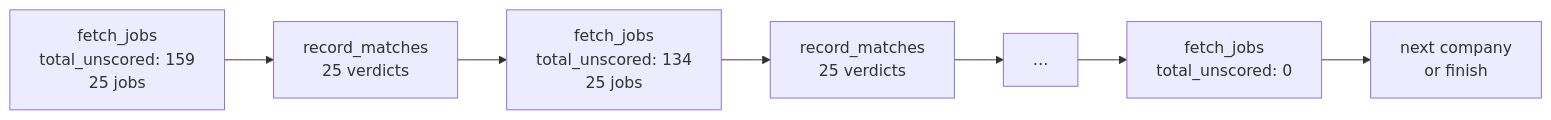
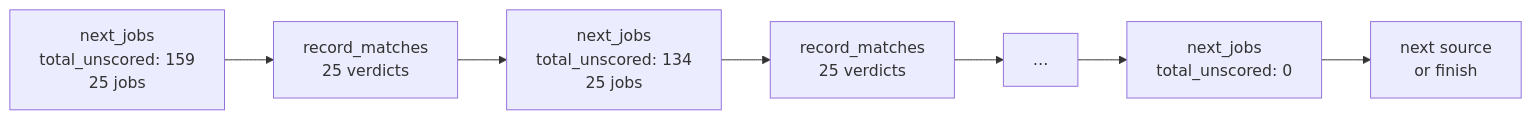
Before and after one commit to risingfish/myjobbot: the fourth of 7 diagrams in README.md, drawn with Mermaid. The commit also changed other lines of this file and 2 other files, not shown here.

````diff
--- a/README.md
+++ b/README.md
@@ -519,9 +558,9 @@
 ```mermaid
 flowchart LR
-    F1["fetch_jobs<br/>total_unscored: 159<br/>25 jobs"] --> R1["record_matches<br/>25 verdicts"]
-    R1 --> F2["fetch_jobs<br/>total_unscored: 134<br/>25 jobs"]
+    F1["next_jobs<br/>total_unscored: 159<br/>25 jobs"] --> R1["record_matches<br/>25 verdicts"]
+    R1 --> F2["next_jobs<br/>total_unscored: 134<br/>25 jobs"]
     F2 --> R2["record_matches<br/>25 verdicts"]
     R2 --> MORE["…"]
-    MORE --> FN["fetch_jobs<br/>total_unscored: 0"]
-    FN --> NEXT["next company<br/>or finish"]
+    MORE --> FN["next_jobs<br/>total_unscored: 0"]
+    FN --> NEXT["next source<br/>or finish"]
 ```
````
